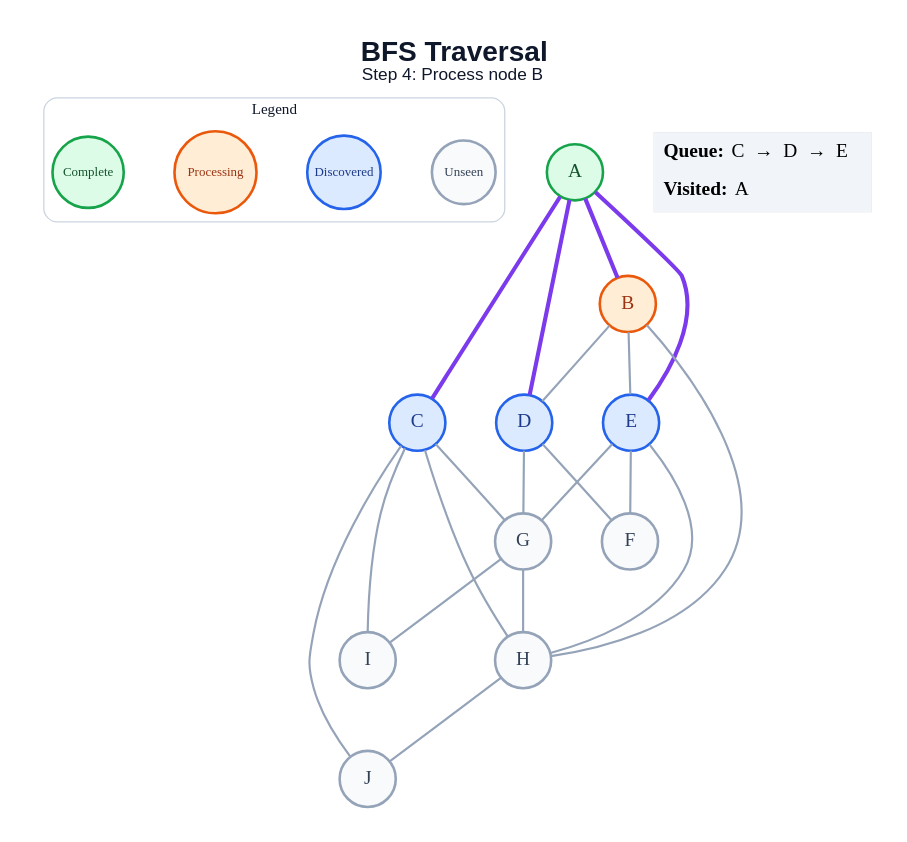
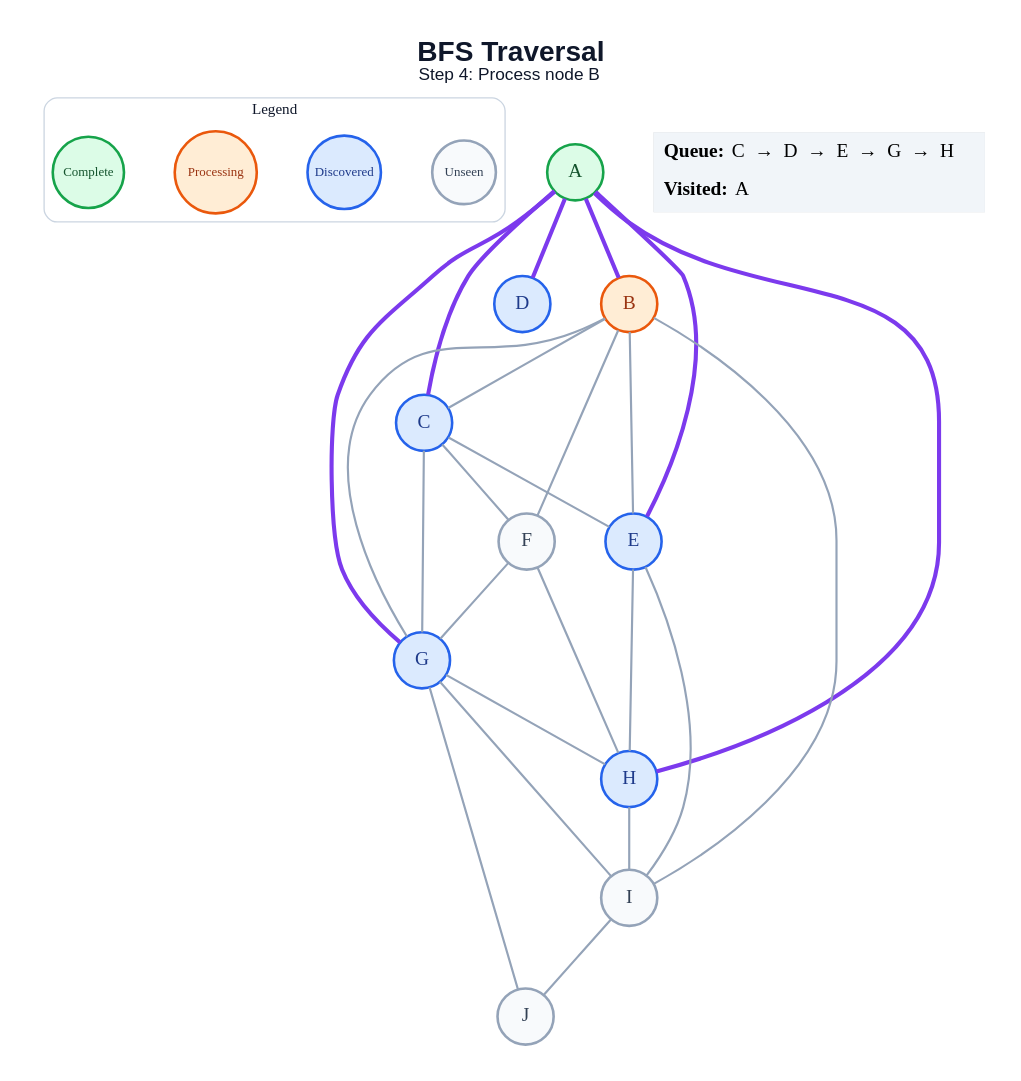
One commit to amanghodawala9/ai-slop changed the diagram in generated/bfs/step_04.dot. Above: the diagram before and after it, drawn with Graphviz. The commit also changed 178 other files, not shown here.

```diff
--- a/generated/bfs/step_04.dot
+++ b/generated/bfs/step_04.dot
@@ -1,48 +1,52 @@
 graph traversal {
   graph [layout=dot, rankdir=TB, bgcolor="#FFFFFF", pad="0.35", nodesep="0.65", ranksep="0.8", fontname="Arial"];
   node [shape=circle, style="filled", fontname="Arial Bold", fontsize=18, width=0.72, fixedsize=true, penwidth=2.4];
   edge [color="#94A3B8", penwidth=2.0];
   label=<<B>BFS Traversal</B><BR/><FONT POINT-SIZE="16">Step 4: Process node B</FONT>>; labelloc="t"; fontsize=26; fontname="Arial"; fontcolor="#0F172A";
   subgraph cluster_legend { label="Legend"; color="#CBD5E1"; penwidth=1.2; style="rounded"; fontsize=14; fontname="Arial Bold";
     key_unseen [label="Unseen", fillcolor="#F8FAFC", color="#94A3B8", fontcolor="#334155", fontsize=12, width=0.82];
     key_frontier [label="Discovered", fillcolor="#DBEAFE", color="#2563EB", fontcolor="#1E3A8A", fontsize=12, width=0.95];
     key_current [label="Processing", fillcolor="#FFEDD5", color="#EA580C", fontcolor="#9A3412", fontsize=12, width=1.05];
     key_done [label="Complete", fillcolor="#DCFCE7", color="#16A34A", fontcolor="#14532D", fontsize=12, width=0.92];
     { rank=same; key_unseen; key_frontier; key_current; key_done; }
   }
   A [fillcolor="#DCFCE7", color="#16A34A", fontcolor="#14532D"];
   B [fillcolor="#FFEDD5", color="#EA580C", fontcolor="#9A3412"];
   C [fillcolor="#DBEAFE", color="#2563EB", fontcolor="#1E3A8A"];
   D [fillcolor="#DBEAFE", color="#2563EB", fontcolor="#1E3A8A"];
   E [fillcolor="#DBEAFE", color="#2563EB", fontcolor="#1E3A8A"];
   F [fillcolor="#F8FAFC", color="#94A3B8", fontcolor="#334155"];
-  G [fillcolor="#F8FAFC", color="#94A3B8", fontcolor="#334155"];
-  H [fillcolor="#F8FAFC", color="#94A3B8", fontcolor="#334155"];
+  G [fillcolor="#DBEAFE", color="#2563EB", fontcolor="#1E3A8A"];
+  H [fillcolor="#DBEAFE", color="#2563EB", fontcolor="#1E3A8A"];
   I [fillcolor="#F8FAFC", color="#94A3B8", fontcolor="#334155"];
   J [fillcolor="#F8FAFC", color="#94A3B8", fontcolor="#334155"];
   A -- B [color="#7C3AED", penwidth=3.8];
   A -- C [color="#7C3AED", penwidth=3.8];
   A -- D [color="#7C3AED", penwidth=3.8];
   A -- E [color="#7C3AED", penwidth=3.8];
-  B -- D;
+  A -- G [color="#7C3AED", penwidth=3.8];
+  A -- H [color="#7C3AED", penwidth=3.8];
+  B -- C;
   B -- E;
-  B -- H;
+  B -- F;
+  B -- G;
+  B -- I;
+  C -- E;
+  C -- F;
   C -- G;
-  C -- H;
-  C -- I;
-  C -- J;
-  D -- F;
-  D -- G;
-  E -- F;
-  E -- G;
   E -- H;
+  E -- I;
+  F -- G;
+  F -- H;
   G -- H;
   G -- I;
-  H -- J;
+  G -- J;
+  H -- I;
+  I -- J;
   status [shape=plain, fixedsize=false, width=0, height=0, margin=0, label=<
     <TABLE BORDER="0" CELLBORDER="0" CELLPADDING="7" BGCOLOR="#F1F5F9">
-      <TR><TD ALIGN="LEFT"><B>Queue:</B> C  →  D  →  E</TD></TR>
+      <TR><TD ALIGN="LEFT"><B>Queue:</B> C  →  D  →  E  →  G  →  H</TD></TR>
       <TR><TD ALIGN="LEFT"><B>Visited:</B> A</TD></TR>
     </TABLE>
   >];
 }
```
